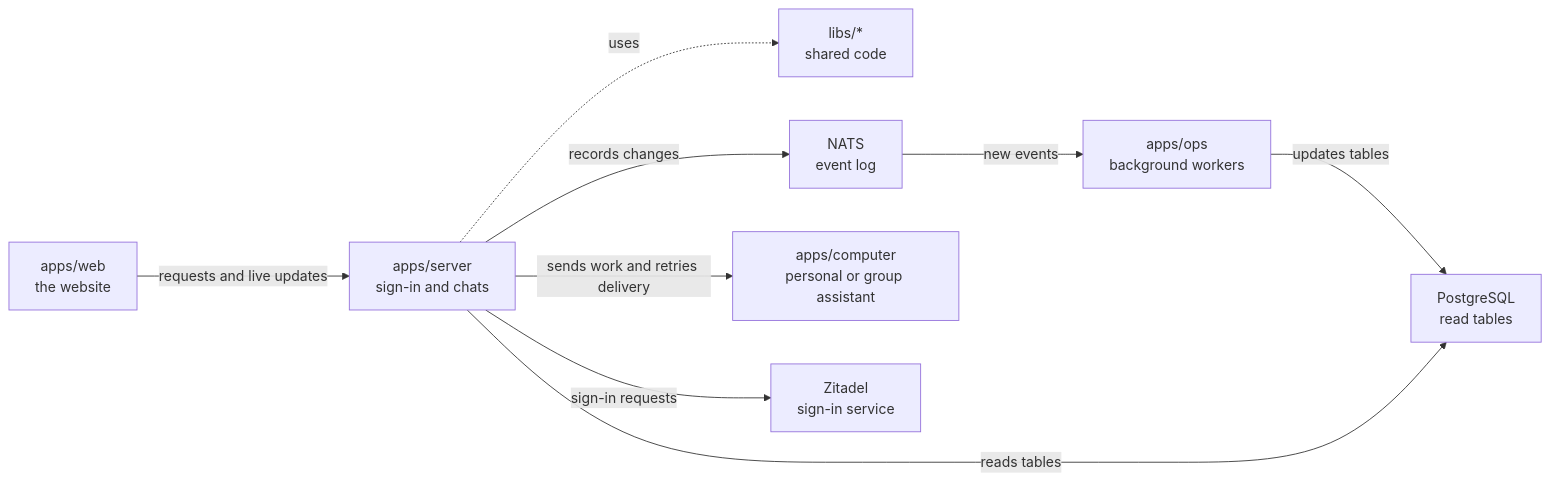
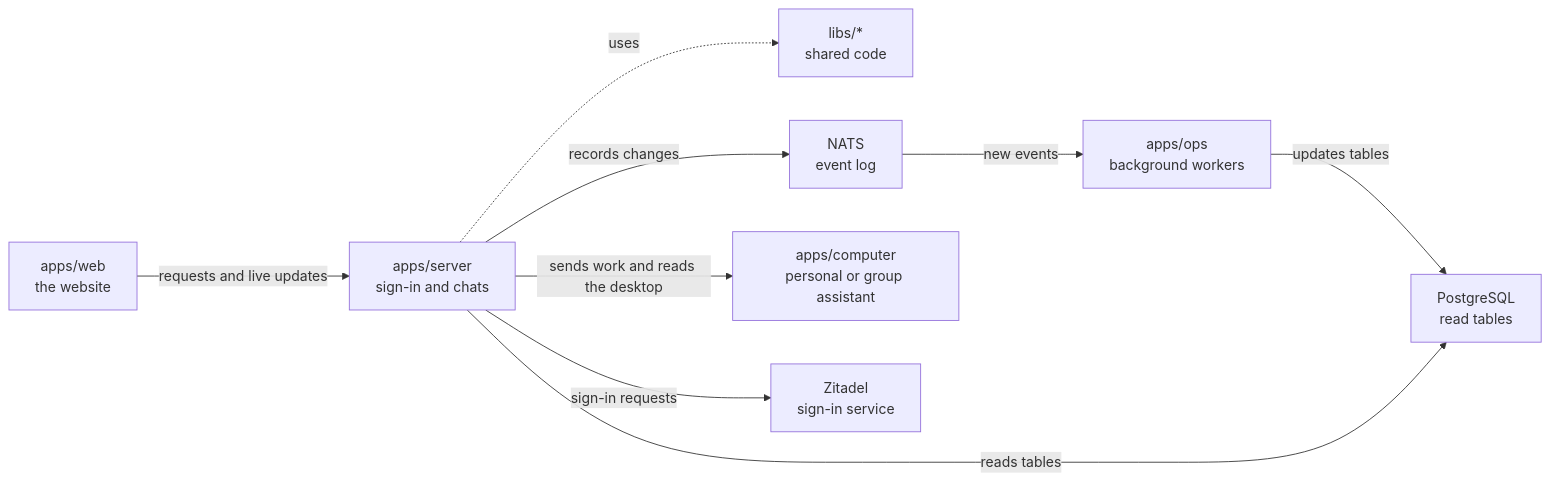
One commit to elewa-git/opencrane-new changed the diagram in apps/server/README.md. Above: the diagram before and after it, drawn with Mermaid. The commit also changed other lines of this file and 4 other files, not shown here.

````diff
--- a/apps/server/README.md
+++ b/apps/server/README.md
@@ -11,11 +11,11 @@
 ```mermaid
 flowchart LR
   web["apps/web<br/>the website"] -->|requests and live updates| server["apps/server<br/>sign-in and chats"]
   server -.->|uses| libs["libs/*<br/>shared code"]
   server -->|records changes| nats["NATS<br/>event log"]
   nats -->|new events| ops["apps/ops<br/>background workers"]
   ops -->|updates tables| postgres["PostgreSQL<br/>read tables"]
   server -->|reads tables| postgres
-  server -->|sends work and retries delivery| computer["apps/computer<br/>personal or group assistant"]
+  server -->|sends work and reads the desktop| computer["apps/computer<br/>personal or group assistant"]
   server -->|sign-in requests| zitadel["Zitadel<br/>sign-in service"]
 ```
````
